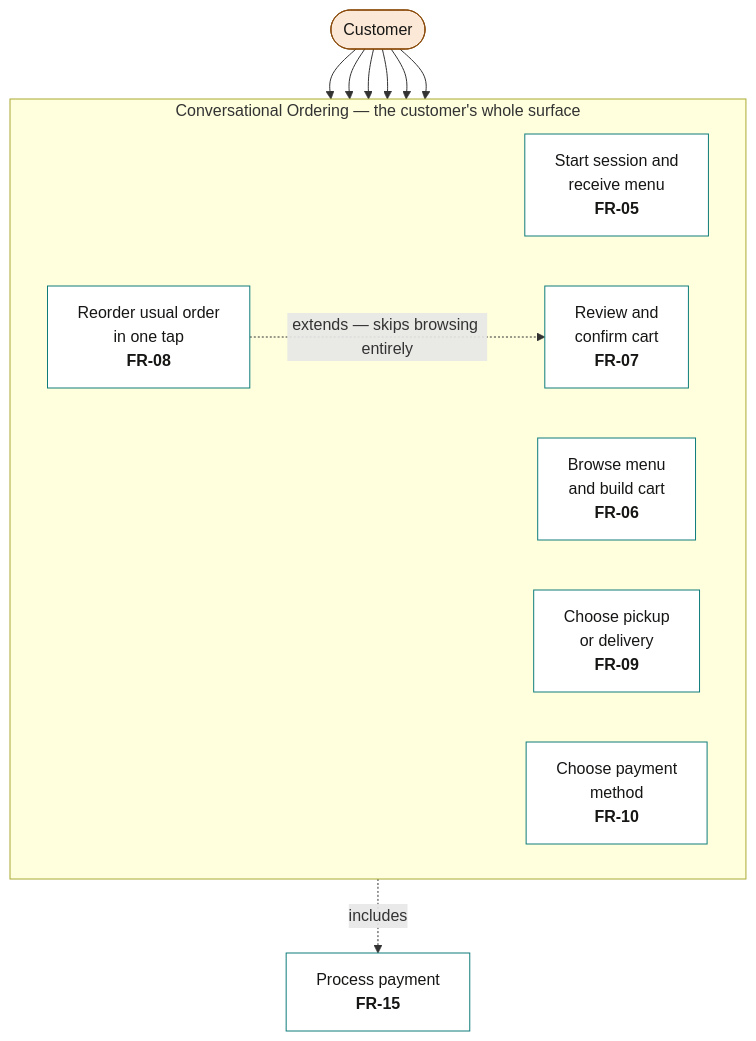
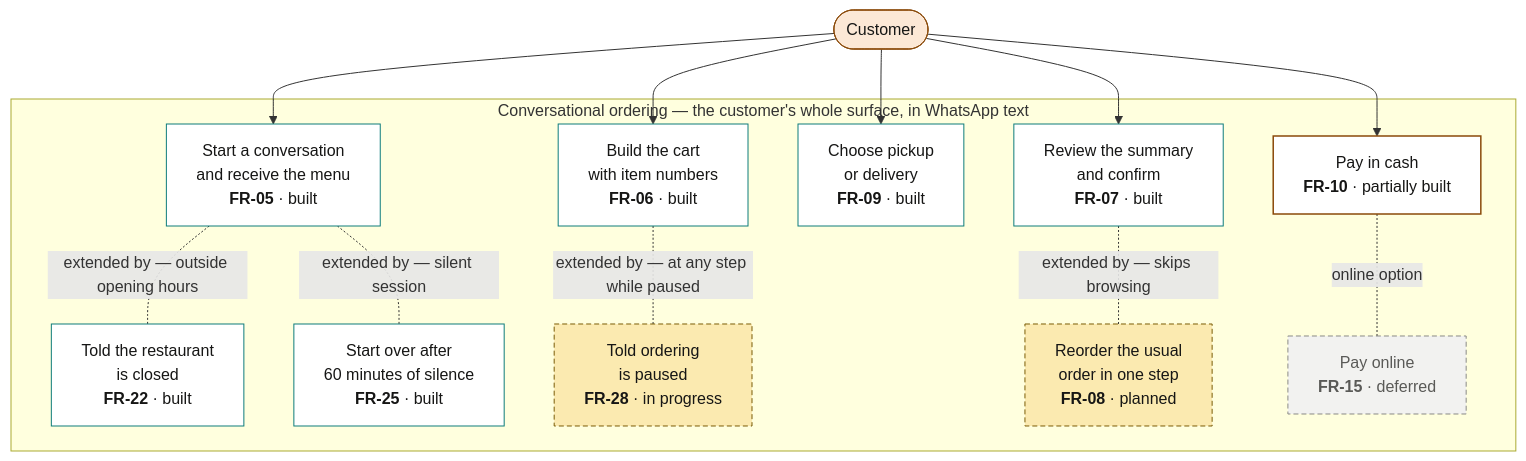
Before and after one commit to mozz-labs/sufria: the diagram in docs/diagrams/03a-use-case-customer.mmd, drawn with Mermaid. The commit also changed 36 other files, not shown here.

First line of the commit message:
docs(wip): Chapter 3 v1.2 diagrams — sources updated to the code as built

```diff
--- a/docs/diagrams/03a-use-case-customer.mmd
+++ b/docs/diagrams/03a-use-case-customer.mmd
@@ -1,24 +1,32 @@
 flowchart TB
     classDef actor fill:#FCE8D6,stroke:#8A4A0A,stroke-width:1px,color:#161615
     classDef uc fill:#FFFFFF,stroke:#0E7C7B,stroke-width:1px,color:#161615
+    classDef part fill:#FFFFFF,stroke:#8A4A0A,stroke-width:1.5px,color:#161615
+    classDef prog fill:#FBEAB0,stroke:#7A5C06,stroke-width:1px,stroke-dasharray:5 3,color:#161615
+    classDef defer fill:#F2F2F0,stroke:#8A8A85,stroke-width:1px,stroke-dasharray:5 3,color:#5A5A57
 
     C(["Customer"]):::actor
 
-    subgraph ORDERING["Conversational Ordering — the customer's whole surface"]
-        direction LR
-        U5["Start session and<br/>receive menu<br/><b>FR-05</b>"]:::uc
-        U6["Browse menu<br/>and build cart<br/><b>FR-06</b>"]:::uc
-        U7["Review and<br/>confirm cart<br/><b>FR-07</b>"]:::uc
-        U8["Reorder usual order<br/>in one tap<br/><b>FR-08</b>"]:::uc
-        U9["Choose pickup<br/>or delivery<br/><b>FR-09</b>"]:::uc
-        U10["Choose payment<br/>method<br/><b>FR-10</b>"]:::uc
+    subgraph ORDERING["Conversational ordering — the customer's whole surface, in WhatsApp text"]
+        U5["Start a conversation<br/>and receive the menu<br/><b>FR-05</b> · built"]:::uc
+        U6["Build the cart<br/>with item numbers<br/><b>FR-06</b> · built"]:::uc
+        U9["Choose pickup<br/>or delivery<br/><b>FR-09</b> · built"]:::uc
+        U7["Review the summary<br/>and confirm<br/><b>FR-07</b> · built"]:::uc
+        U10["Pay in cash<br/><b>FR-10</b> · partially built"]:::part
+        U22["Told the restaurant<br/>is closed<br/><b>FR-22</b> · built"]:::uc
+        U25["Start over after<br/>60 minutes of silence<br/><b>FR-25</b> · built"]:::uc
+        U28["Told ordering<br/>is paused<br/><b>FR-28</b> · in progress"]:::prog
+        U8["Reorder the usual<br/>order in one step<br/><b>FR-08</b> · planned"]:::prog
+        U15["Pay online<br/><b>FR-15</b> · deferred"]:::defer
     end
 
     C --> U5
     C --> U6
+    C --> U9
     C --> U7
-    C --> U8
-    C --> U9
     C --> U10
-    U8 -. "extends — skips browsing entirely" .-> U7
-    U10 -. "includes" .-> U15["Process payment<br/><b>FR-15</b>"]:::uc
+    U5 -. "extended by — outside opening hours" .- U22
+    U5 -. "extended by — silent session" .- U25
+    U6 -. "extended by — at any step while paused" .- U28
+    U7 -. "extended by — skips browsing" .- U8
+    U10 -. "online option" .- U15
```
